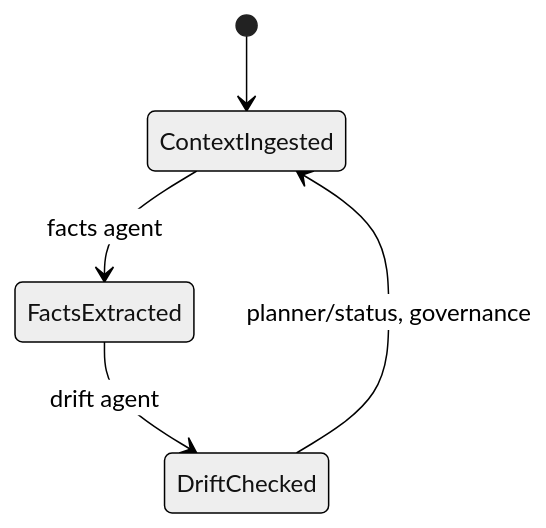
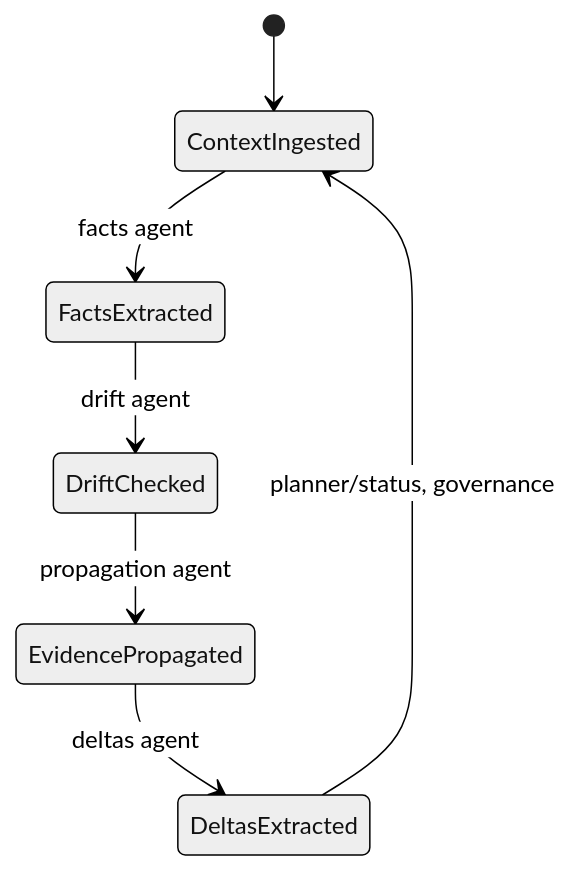
Before and after one commit to DealExMachina/open-governed-swarm-of-agents: the second of 5 diagrams in docs/architecture.md, drawn with Mermaid (neutral theme). The commit also changed other lines of this file and 422 other files, not shown here.

````diff
--- a/docs/architecture.md
+++ b/docs/architecture.md
@@ -119,7 +122,9 @@
 ```mermaid
 stateDiagram-v2
   [*] --> ContextIngested
   ContextIngested --> FactsExtracted: facts agent
   FactsExtracted --> DriftChecked: drift agent
-  DriftChecked --> ContextIngested: planner/status, governance
+  DriftChecked --> EvidencePropagated: propagation agent
+  EvidencePropagated --> DeltasExtracted: deltas agent
+  DeltasExtracted --> ContextIngested: planner/status, governance
 ```
````
